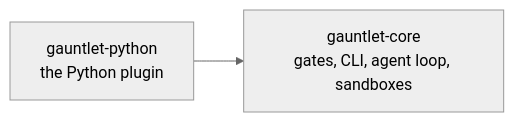
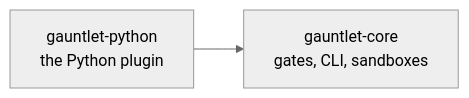
The first of 3 diagrams in docs/architecture.md (gajeshbhat/gauntlet), drawn with Mermaid (neutral theme) before and after one commit. The commit also changed other lines of this file and 39 other files, not shown here.

````diff
--- a/docs/architecture.md
+++ b/docs/architecture.md
@@ -8,4 +8,4 @@
 ```mermaid
 flowchart LR
-    py["gauntlet-python<br/>the Python plugin"] --> core["gauntlet-core<br/>gates, CLI, agent loop, sandboxes"]
+    py["gauntlet-python<br/>the Python plugin"] --> core["gauntlet-core<br/>gates, CLI, sandboxes"]
 ```
````
